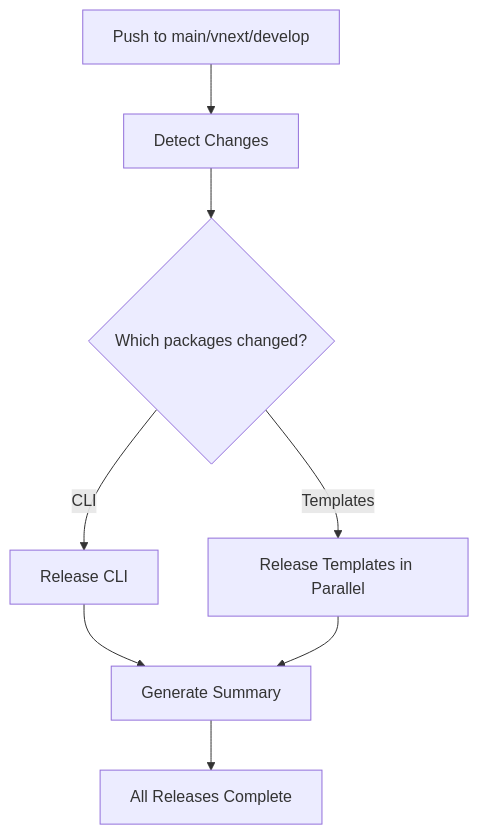
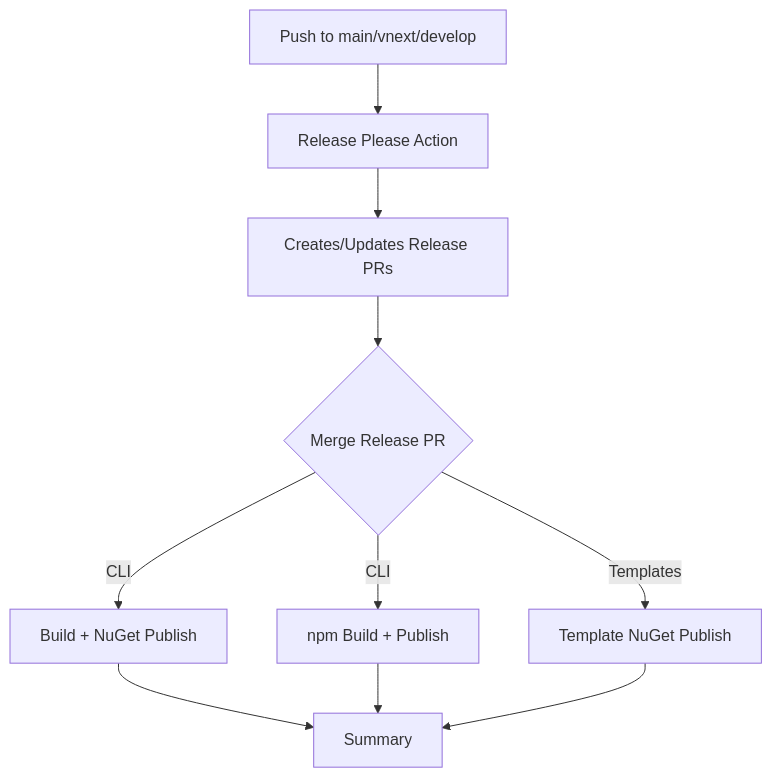
Before and after one commit to pksorensen/pks-cli: the diagram in CLAUDE.md, drawn with Mermaid. The commit also changed other lines of this file and 25 other files, not shown here.

First line of the commit message:
feat: migrate from semantic-release to Release Please

````diff
--- a/CLAUDE.md
+++ b/CLAUDE.md
@@ -691,10 +697,12 @@
 ```mermaid
 graph TD
-    A[Push to main/vnext/develop] --> B[Detect Changes]
-    B --> C{Which packages changed?}
-    C -->|CLI| D[Release CLI]
-    C -->|Templates| E[Release Templates in Parallel]
-    D --> F[Generate Summary]
-    E --> F
-    F --> G[All Releases Complete]
+    A[Push to main/vnext/develop] --> B[Release Please Action]
+    B --> C[Creates/Updates Release PRs]
+    C --> D{Merge Release PR}
+    D -->|CLI| E[Build + NuGet Publish]
+    D -->|CLI| F[npm Build + Publish]
+    D -->|Templates| G[Template NuGet Publish]
+    E --> H[Summary]
+    F --> H
+    G --> H
 ```
````
